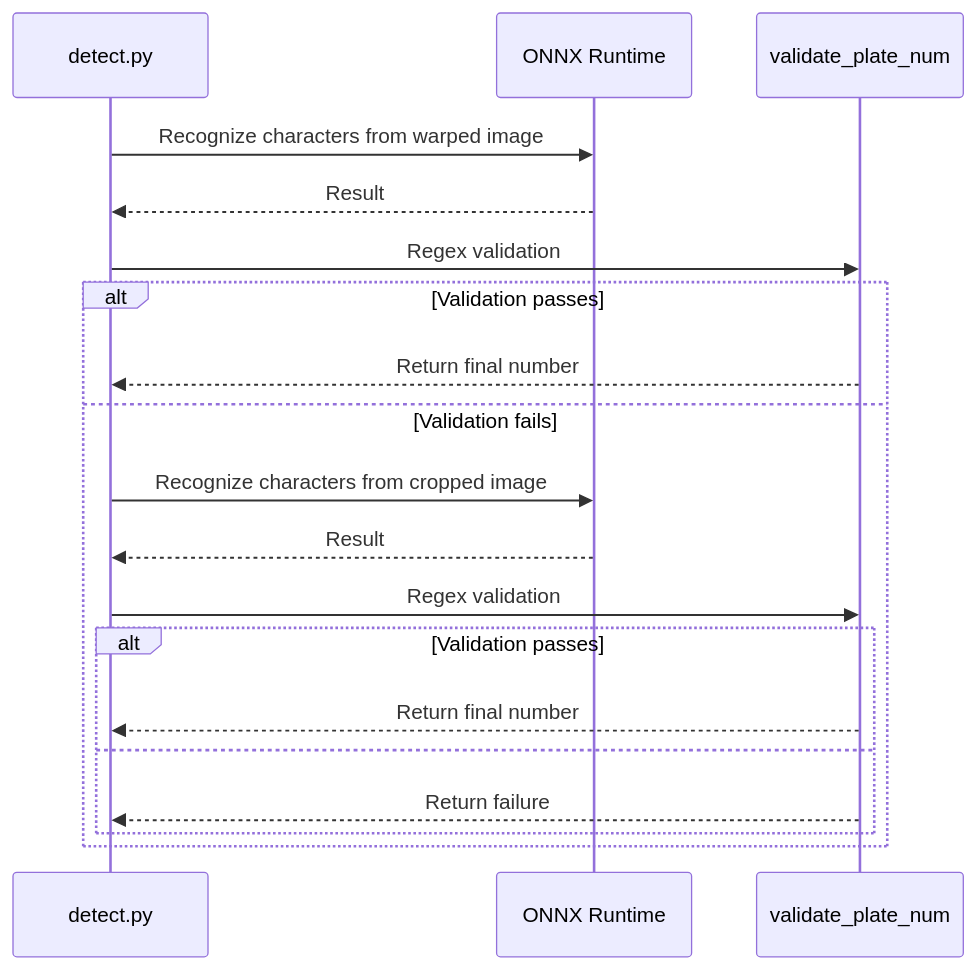
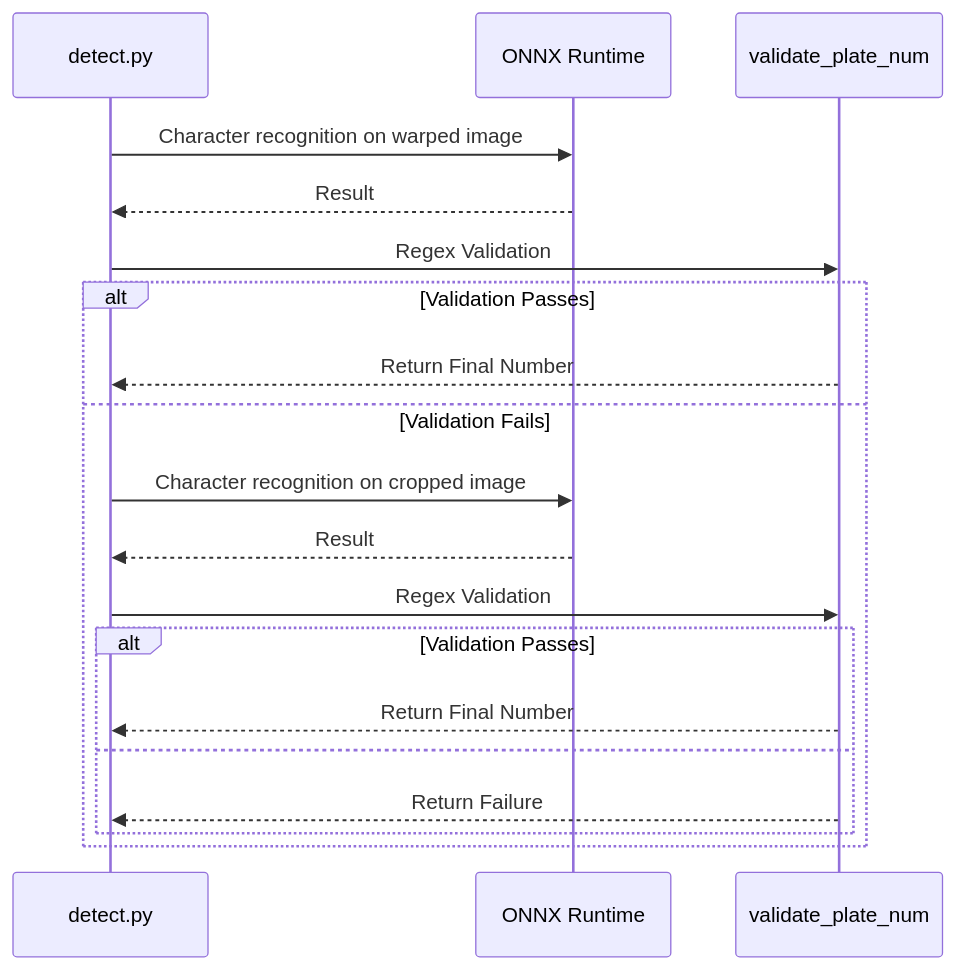
Before and after one commit to mandacode-labs/mandacode-devs: the second of 2 diagrams in src/content/blog/en/korean-license-plate-deep-dive.md, drawn with Mermaid. The commit also changed other lines of this file and 14 other files, not shown here.

````diff
--- a/src/content/blog/en/korean-license-plate-deep-dive.md
+++ b/src/content/blog/en/korean-license-plate-deep-dive.md
@@ -98,23 +98,23 @@
 ```mermaid
 sequenceDiagram
     participant Detect as detect.py
     participant ONNX as ONNX Runtime
     participant Validate as validate_plate_num
 
-    Detect->>ONNX: Recognize characters from warped image
+    Detect->>ONNX: Character recognition on warped image
     ONNX-->>Detect: Result
-    Detect->>Validate: Regex validation
+    Detect->>Validate: Regex Validation
 
-    alt Validation passes
-        Validate-->>Detect: Return final number
-    else Validation fails
-        Detect->>ONNX: Recognize characters from cropped image
+    alt Validation Passes
+        Validate-->>Detect: Return Final Number
+    else Validation Fails
+        Detect->>ONNX: Character recognition on cropped image
         ONNX-->>Detect: Result
-        Detect->>Validate: Regex validation
-        alt Validation passes
-            Validate-->>Detect: Return final number
+        Detect->>Validate: Regex Validation
+        alt Validation Passes
+            Validate-->>Detect: Return Final Number
         else
-            Validate-->>Detect: Return failure
+            Validate-->>Detect: Return Failure
         end
     end
 ```
````
